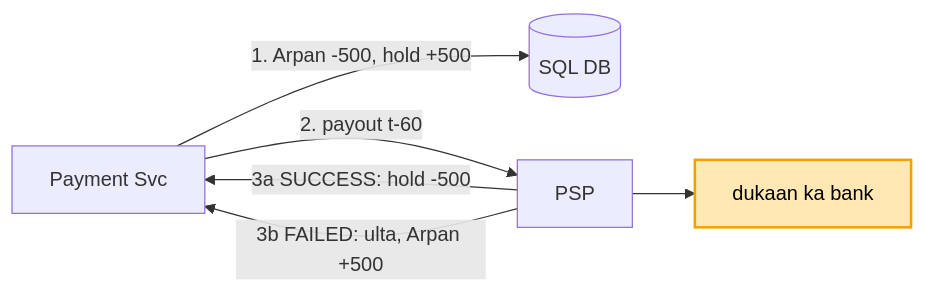
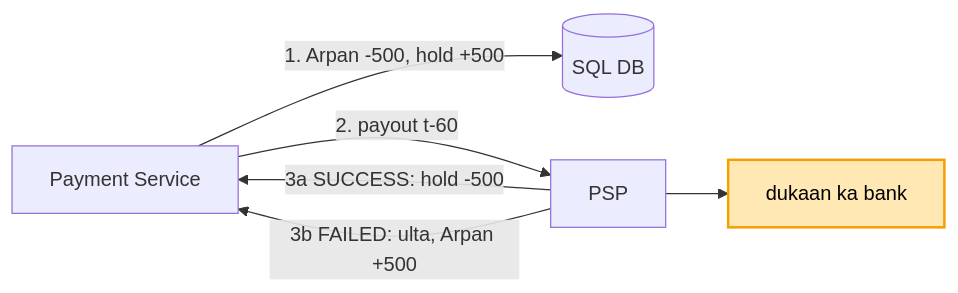
The fourth of 6 diagrams in 04_HLD/SYSTEM_DESIGNS/06_payment_system/06_payment_system.md (ArpanMaheshwari144/Prep), drawn with Mermaid before and after one commit. The commit also changed other lines of this file and 8 other files, not shown here.

````diff
--- a/04_HLD/SYSTEM_DESIGNS/06_payment_system/06_payment_system.md
+++ b/04_HLD/SYSTEM_DESIGNS/06_payment_system/06_payment_system.md
@@ -199,8 +199,8 @@
 ```mermaid
 flowchart LR
-    S["Payment Svc"] -- "1. Arpan -500, hold +500" --> D[("SQL DB")]
+    S["Payment Service"] -- "1. Arpan -500, hold +500" --> D[("SQL DB")]
     S -- "2. payout t-60" --> P["PSP"] --> B["dukaan ka bank"]
     P -- "3a SUCCESS: hold -500" --> S
     P -- "3b FAILED: ulta, Arpan +500" --> S
     style B fill:#ffe8b3,stroke:#f59f00,stroke-width:2px,color:#000
 ```
````
